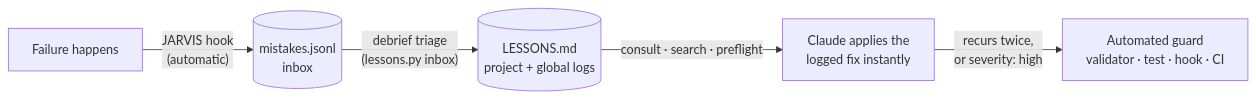
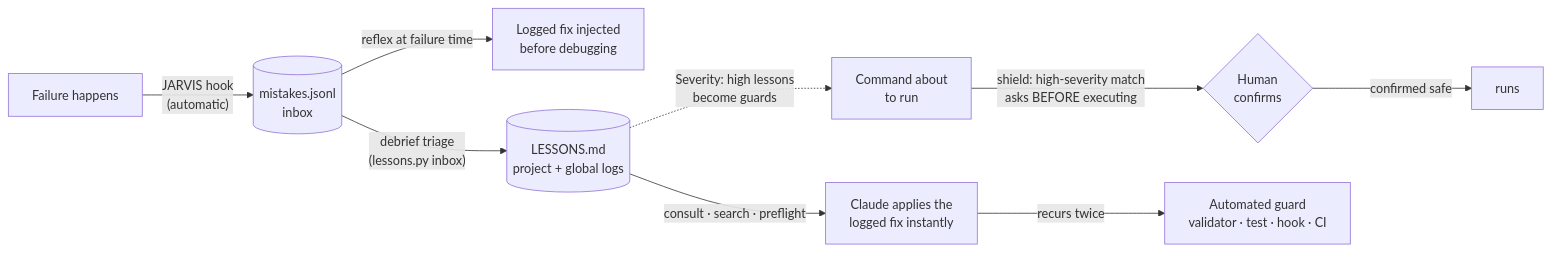
Before and after one commit to JrKrishh/stark-memory: the diagram in README.md, drawn with Mermaid. The commit also changed other lines of this file and 3 other files, not shown here.

First line of the commit message:
Add shield: high-severity lessons gate commands before they run

````diff
--- a/README.md
+++ b/README.md
@@ -20,7 +20,11 @@
 ```mermaid
 flowchart LR
-    A["Failure happens"] -->|"JARVIS hook<br>(automatic)"| B[("mistakes.jsonl<br/>inbox")]
-    B -->|"debrief triage<br>(lessons.py inbox)"| C[("LESSONS.md<br/>project + global logs")]
+    A["Command about<br>to run"] -->|"shield: high-severity match<br>asks BEFORE executing"| H{"Human<br>confirms"}
+    B["Failure happens"] -->|"JARVIS hook<br>(automatic)"| I[("mistakes.jsonl<br/>inbox")]
+    I -->|"reflex at failure time"| D2["Logged fix injected<br/>before debugging"]
+    I -->|"debrief triage<br>(lessons.py inbox)"| C[("LESSONS.md<br/>project + global logs")]
     C -->|"consult · search · preflight"| D["Claude applies the<br/>logged fix instantly"]
-    D -->|"recurs twice,<br>or severity: high"| E["Automated guard<br/>validator · test · hook · CI"]
+    C -.->|"Severity: high lessons<br>become guards"| A
+    D -->|"recurs twice"| E["Automated guard<br/>validator · test · hook · CI"]
+    H -->|confirmed safe| F["runs"]
 ```
````
